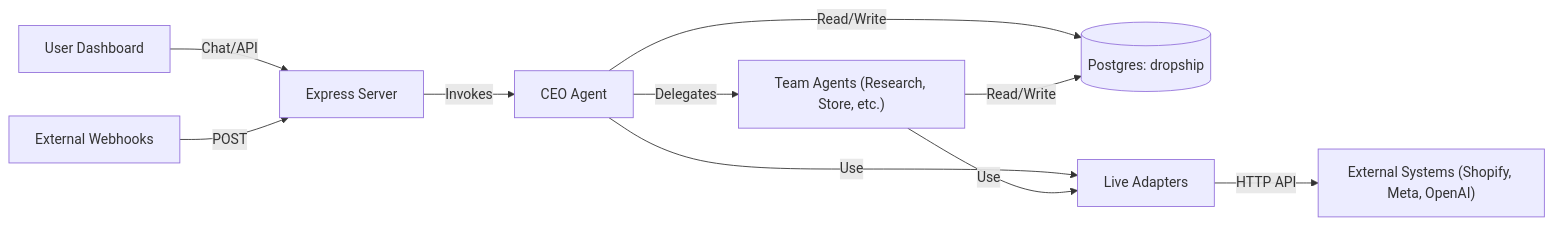
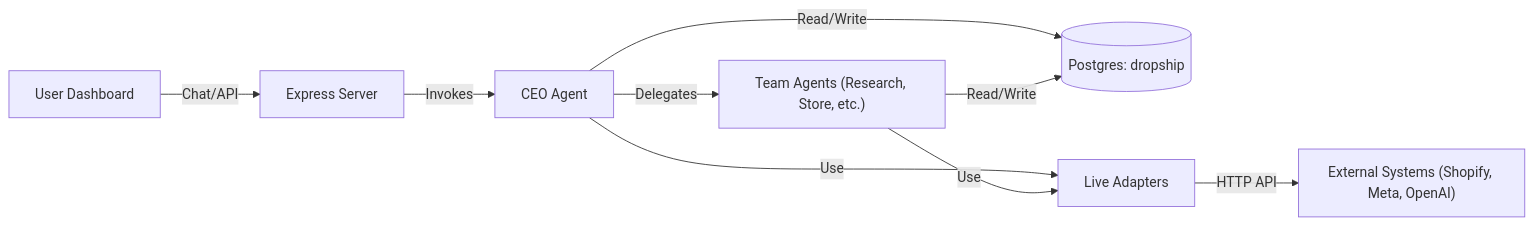
One commit to andylelli/ds1 changed the second of 2 diagrams in Documentation/Reference/ENVIRONMENT_SIMULATION_V_LIVE.md. Above: the diagram before and after it, drawn with Mermaid. The commit also changed other lines of this file and 1 other file, not shown here.

````diff
--- a/Documentation/Reference/ENVIRONMENT_SIMULATION_V_LIVE.md
+++ b/Documentation/Reference/ENVIRONMENT_SIMULATION_V_LIVE.md
@@ -30,10 +29,9 @@
 ```mermaid
 flowchart LR
   User["User Dashboard"] -->|Chat/API| Express[Express Server]
-  Webhook["External Webhooks"] -->|POST| Express
   Express -->|Invokes| CEO["CEO Agent"]
   CEO -->|Delegates| Team["Team Agents (Research, Store, etc.)"]
   CEO & Team -->|Read/Write| DB[("Postgres: dropship")]
   CEO & Team -->|Use| LiveAdapters["Live Adapters"]
   LiveAdapters -->|HTTP API| External["External Systems (Shopify, Meta, OpenAI)"]
 ```
````
